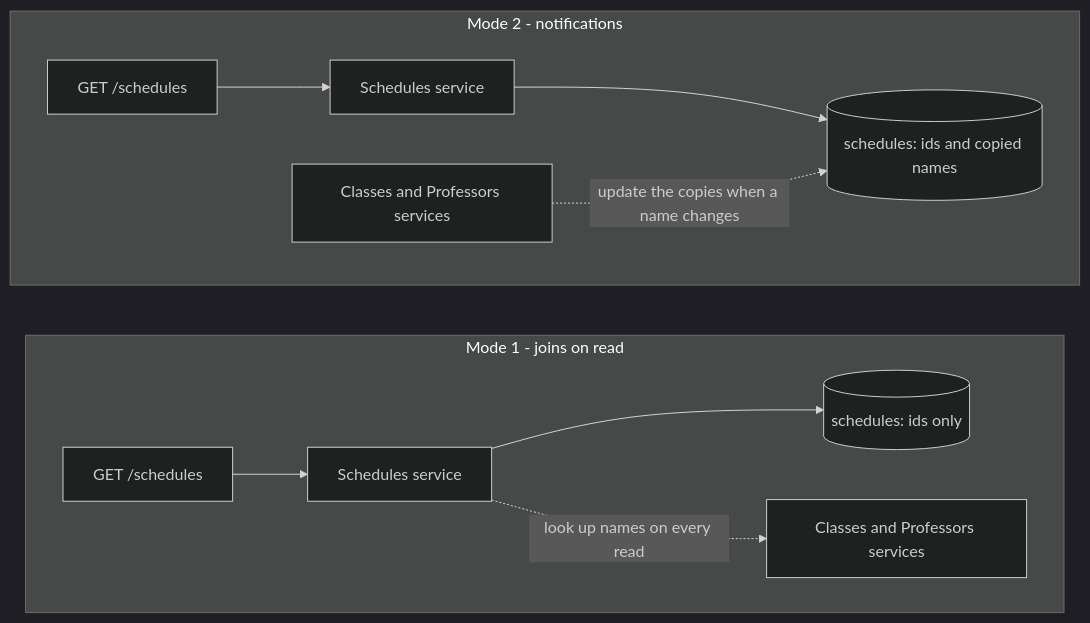
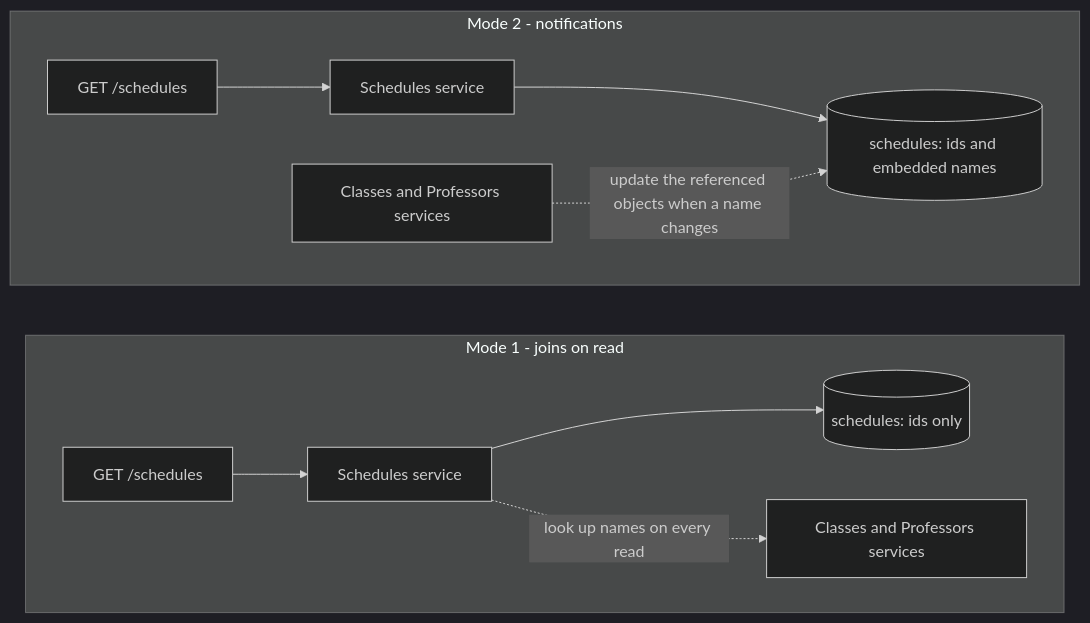
One commit to herrcristi/small-nodejs-service changed the sixth of 13 diagrams in README.details.md. Above: the diagram before and after it, drawn with Mermaid (dark theme). The commit also changed other lines of this file and 119 other files, not shown here.

Commit message:
Review mongo flows, timeouts, read preference

````diff
--- a/README.details.md
+++ b/README.details.md
@@ -381,15 +383,15 @@
 ```mermaid
 flowchart LR
   subgraph m1 [Mode 1 - joins on read]
     direction LR
     g1["GET /schedules"] --> s1["Schedules service"]
     s1 --> db1[("schedules: ids only")]
     s1 -.->|"look up names on every read"| o1["Classes and Professors services"]
   end
   subgraph m2 [Mode 2 - notifications]
     direction LR
     g2["GET /schedules"] --> s2["Schedules service"]
-    s2 --> db2[("schedules: ids and copied names")]
-    o2["Classes and Professors services"] -.->|"update the copies when a name changes"| db2
+    s2 --> db2[("schedules: ids and embedded names")]
+    o2["Classes and Professors services"] -.->|"update the referenced objects when a name changes"| db2
   end
 ```
````
